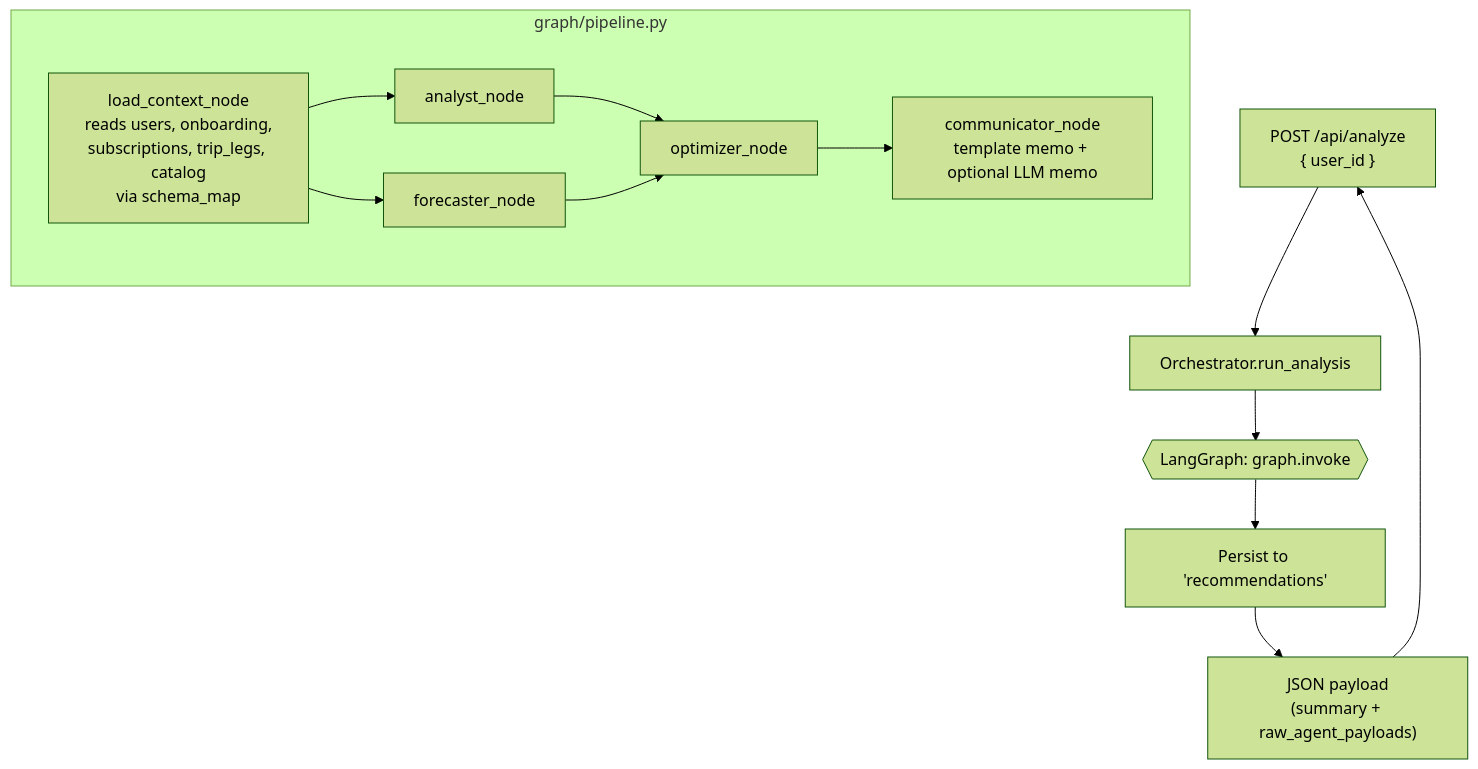
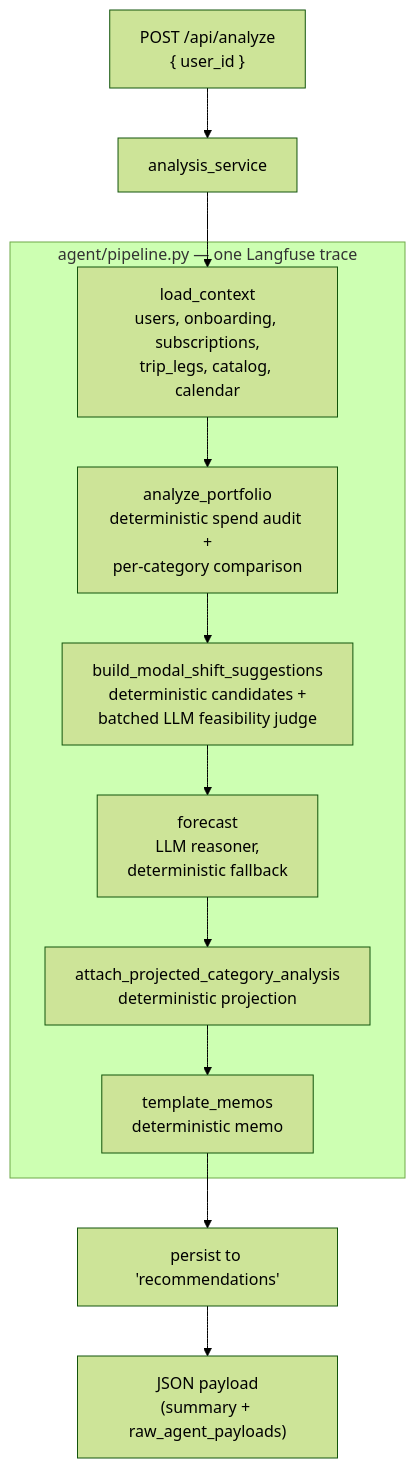
One commit to tjorgeo/AIIM_DB_mobility_advisior changed the third of 5 diagrams in backend/README.md. Above: the diagram before and after it, drawn with Mermaid (forest theme). The commit also changed other lines of this file and 25 other files, not shown here.

````diff
--- a/backend/README.md
+++ b/backend/README.md
@@ -219,17 +280,16 @@
 ```mermaid
 flowchart TD
-    A["POST /api/analyze<br/>{ user_id }"] --> O[Orchestrator.run_analysis]
-    O --> G{{LangGraph: graph.invoke}}
+    A["POST /api/analyze<br/>{ user_id }"] --> S[analysis_service]
+    S --> LC[load_context<br/>users, onboarding, subscriptions,<br/>trip_legs, catalog, calendar]
 
-    subgraph Graph["graph/pipeline.py"]
-        LC[load_context_node<br/>reads users, onboarding,<br/>subscriptions, trip_legs, catalog<br/>via schema_map] --> AN[analyst_node]
-        LC --> FC[forecaster_node]
-        AN --> OP[optimizer_node]
-        FC --> OP
-        OP --> CM[communicator_node<br/>template memo + optional LLM memo]
+    subgraph Pipeline["agent/pipeline.py — one Langfuse trace"]
+        LC --> AN[analyze_portfolio<br/>deterministic spend audit +<br/>per-category comparison]
+        AN --> MS[build_modal_shift_suggestions<br/>deterministic candidates +<br/>batched LLM feasibility judge]
+        MS --> FC[forecast<br/>LLM reasoner,<br/>deterministic fallback]
+        FC --> PR[attach_projected_category_analysis<br/>deterministic projection]
+        PR --> MM[template_memos<br/>deterministic memo]
     end
 
-    G --> P[Persist to 'recommendations']
+    MM --> P[persist to 'recommendations']
     P --> R["JSON payload<br/>(summary + raw_agent_payloads)"]
-    R --> A
 ```
````
